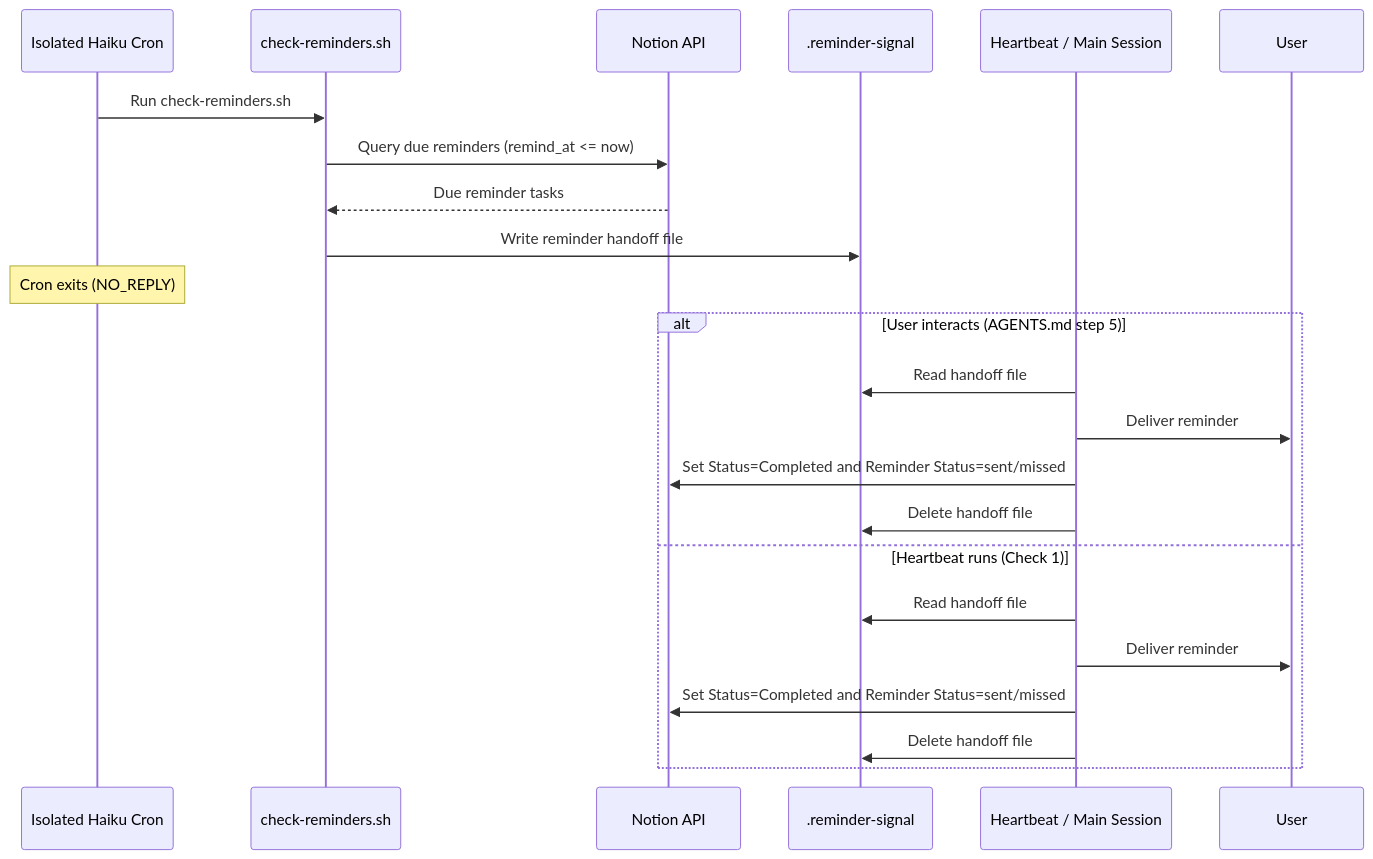
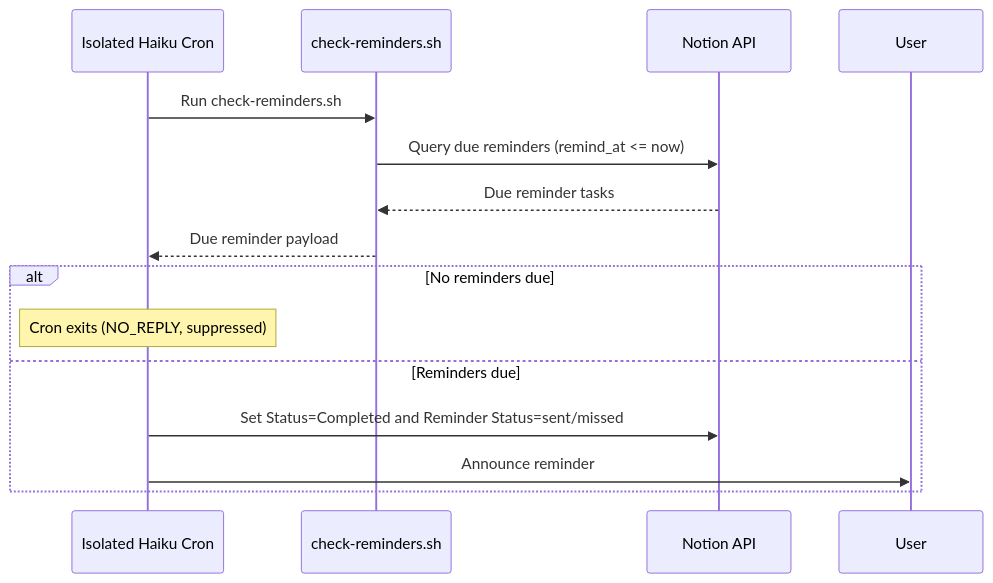
One commit to NickBorgersProbably/hide-my-list changed diagram 22 of 28 in docs/user-interactions.md. Above: the diagram before and after it, drawn with Mermaid. The commit also changed other lines of this file and 11 other files, not shown here.

Commit message:
simplify reminder delivery via announce cron

````diff
--- a/docs/user-interactions.md
+++ b/docs/user-interactions.md
@@ -757,26 +757,18 @@
 ```mermaid
 sequenceDiagram
     participant Cron as Isolated Haiku Cron
     participant Scr as check-reminders.sh
     participant Notion as Notion API
-    participant Signal as .reminder-signal
-    participant Delivery as Heartbeat / Main Session
     participant User
 
     Cron->>Scr: Run check-reminders.sh
     Scr->>Notion: Query due reminders (remind_at <= now)
     Notion-->>Scr: Due reminder tasks
-    Scr->>Signal: Write reminder handoff file
-    Note over Cron: Cron exits (NO_REPLY)
-    alt User interacts (AGENTS.md step 5)
-        Delivery->>Signal: Read handoff file
-        Delivery->>User: Deliver reminder
-        Delivery->>Notion: Set Status=Completed and Reminder Status=sent/missed
-        Delivery->>Signal: Delete handoff file
-    else Heartbeat runs (Check 1)
-        Delivery->>Signal: Read handoff file
-        Delivery->>User: Deliver reminder
-        Delivery->>Notion: Set Status=Completed and Reminder Status=sent/missed
-        Delivery->>Signal: Delete handoff file
+    Scr-->>Cron: Due reminder payload
+    alt No reminders due
+        Note over Cron: Cron exits (NO_REPLY, suppressed)
+    else Reminders due
+        Cron->>Notion: Set Status=Completed and Reminder Status=sent/missed
+        Cron->>User: Announce reminder
     end
 ```
````
